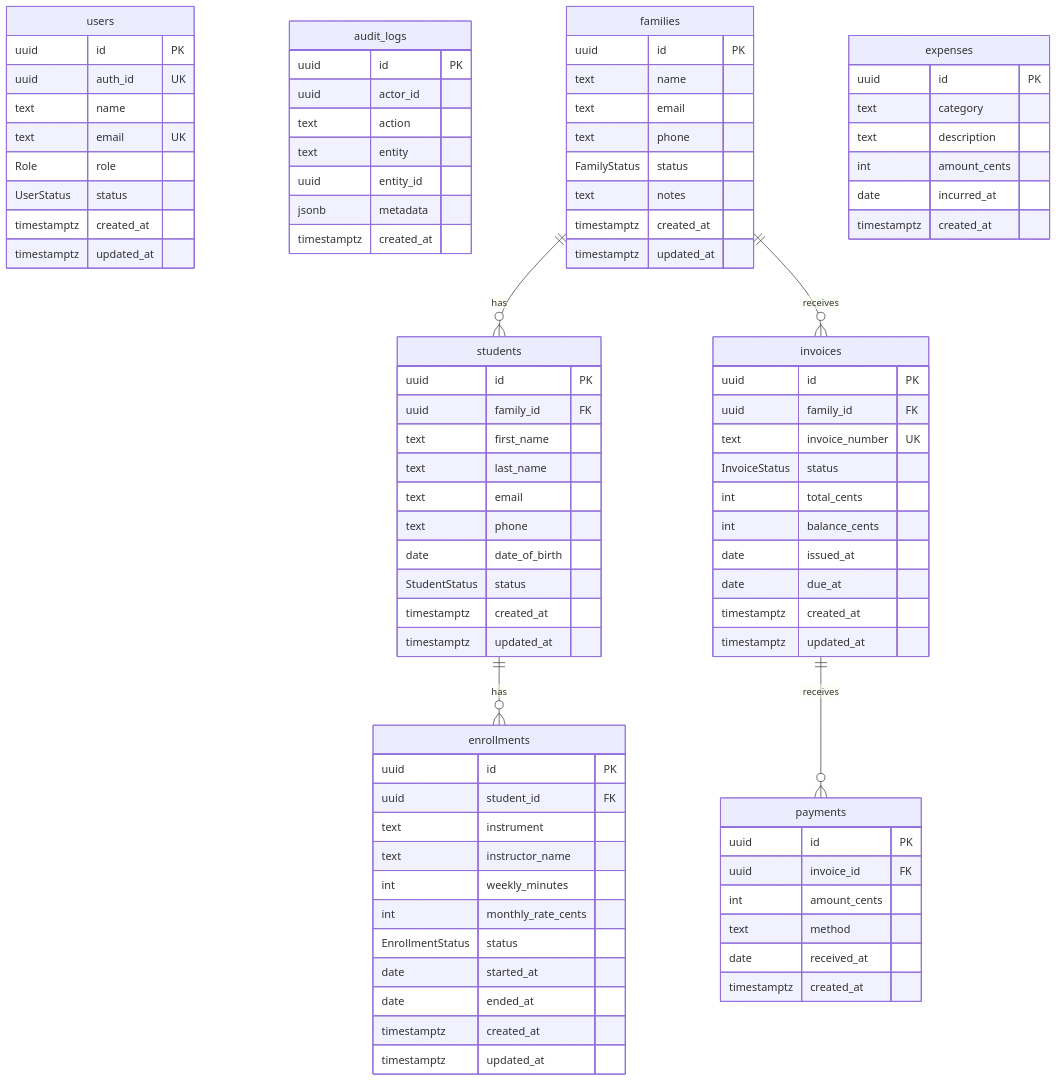
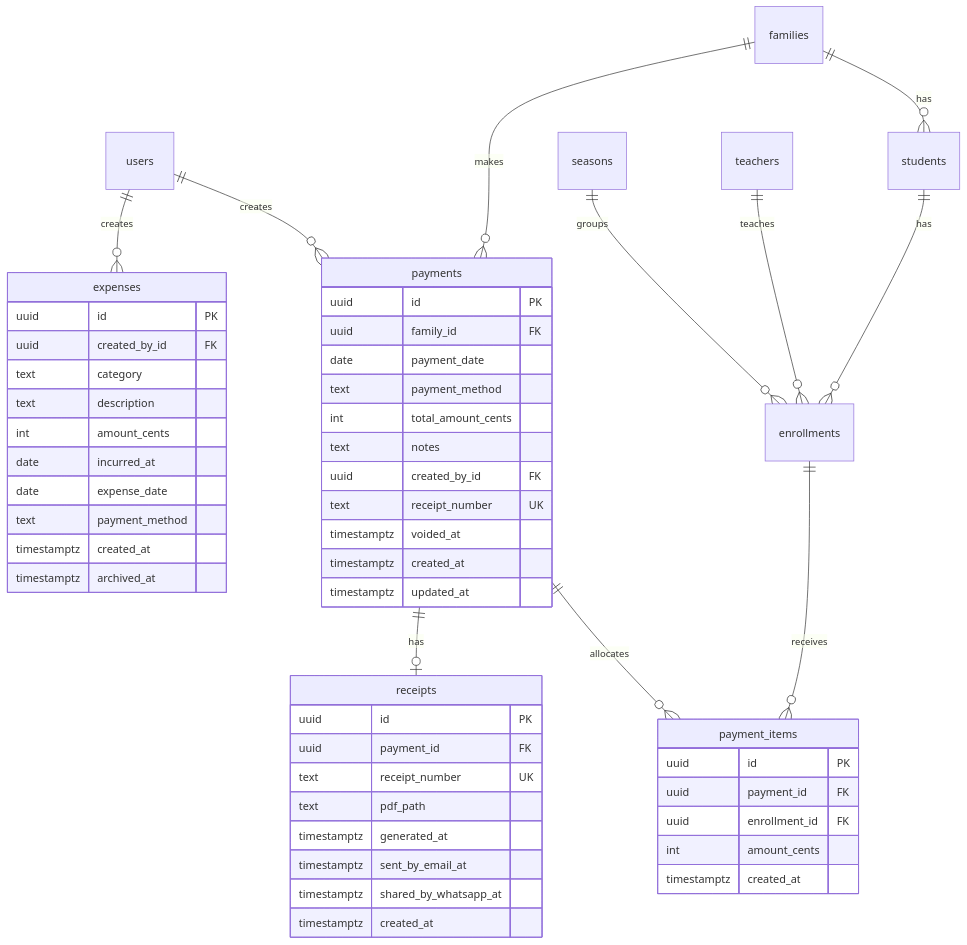
Before and after one commit to khalilsamaha/IPSM-Project: the diagram in docs/DATABASE.md, drawn with Mermaid. The commit also changed other lines of this file and 14 other files, not shown here.

Commit message:
Clean MVP payment schema

````diff
--- a/docs/DATABASE.md
+++ b/docs/DATABASE.md
@@ -7,97 +7,59 @@
 ```mermaid
 erDiagram
-  users {
+  users ||--o{ payments : creates
+  users ||--o{ expenses : creates
+  families ||--o{ students : has
+  families ||--o{ payments : makes
+  students ||--o{ enrollments : has
+  seasons ||--o{ enrollments : groups
+  teachers ||--o{ enrollments : teaches
+  payments ||--o{ payment_items : allocates
+  enrollments ||--o{ payment_items : receives
+  payments ||--o| receipts : has
+
+  payments {
     uuid id PK
-    uuid auth_id UK
-    text name
-    text email UK
-    Role role
-    UserStatus status
+    uuid family_id FK
+    date payment_date
+    text payment_method
+    int total_amount_cents
+    text notes
+    uuid created_by_id FK
+    text receipt_number UK
+    timestamptz voided_at
     timestamptz created_at
     timestamptz updated_at
   }
 
-  audit_logs {
+  payment_items {
     uuid id PK
-    uuid actor_id
-    text action
-    text entity
-    uuid entity_id
-    jsonb metadata
+    uuid payment_id FK
+    uuid enrollment_id FK
+    int amount_cents
     timestamptz created_at
   }
 
-  families ||--o{ students : has
-  families ||--o{ invoices : receives
-  students ||--o{ enrollments : has
-  invoices ||--o{ payments : receives
-
-  families {
+  receipts {
     uuid id PK
-    text name
-    text email
-    text phone
-    FamilyStatus status
-    text notes
-    timestamptz created_at
-    timestamptz updated_at
-  }
-
-  students {
-    uuid id PK
-    uuid family_id FK
-    text first_name
-    text last_name
-    text email
-    text phone
-    date date_of_birth
-    StudentStatus status
-    timestamptz created_at
-    timestamptz updated_at
-  }
-
-  enrollments {
-    uuid id PK
-    uuid student_id FK
-    text instrument
-    text instructor_name
-    int weekly_minutes
-    int monthly_rate_cents
-    EnrollmentStatus status
-    date started_at
-    date ended_at
-    timestamptz created_at
-    timestamptz updated_at
-  }
-
-  invoices {
-    uuid id PK
-    uuid family_id FK
-    text invoice_number UK
-    InvoiceStatus status
-    int total_cents
-    int balance_cents
-    date issued_at
-    date due_at
-    timestamptz created_at
-    timestamptz updated_at
-  }
-
-  payments {
-    uuid id PK
-    uuid invoice_id FK
-    int amount_cents
-    text method
-    date received_at
+    uuid payment_id FK
+    text receipt_number UK
+    text pdf_path
+    timestamptz generated_at
+    timestamptz sent_by_email_at
+    timestamptz shared_by_whatsapp_at
     timestamptz created_at
   }
 
   expenses {
     uuid id PK
+    uuid created_by_id FK
     text category
     text description
     int amount_cents
     date incurred_at
+    date expense_date
+    text payment_method
     timestamptz created_at
+    timestamptz archived_at
   }
 ```
````
